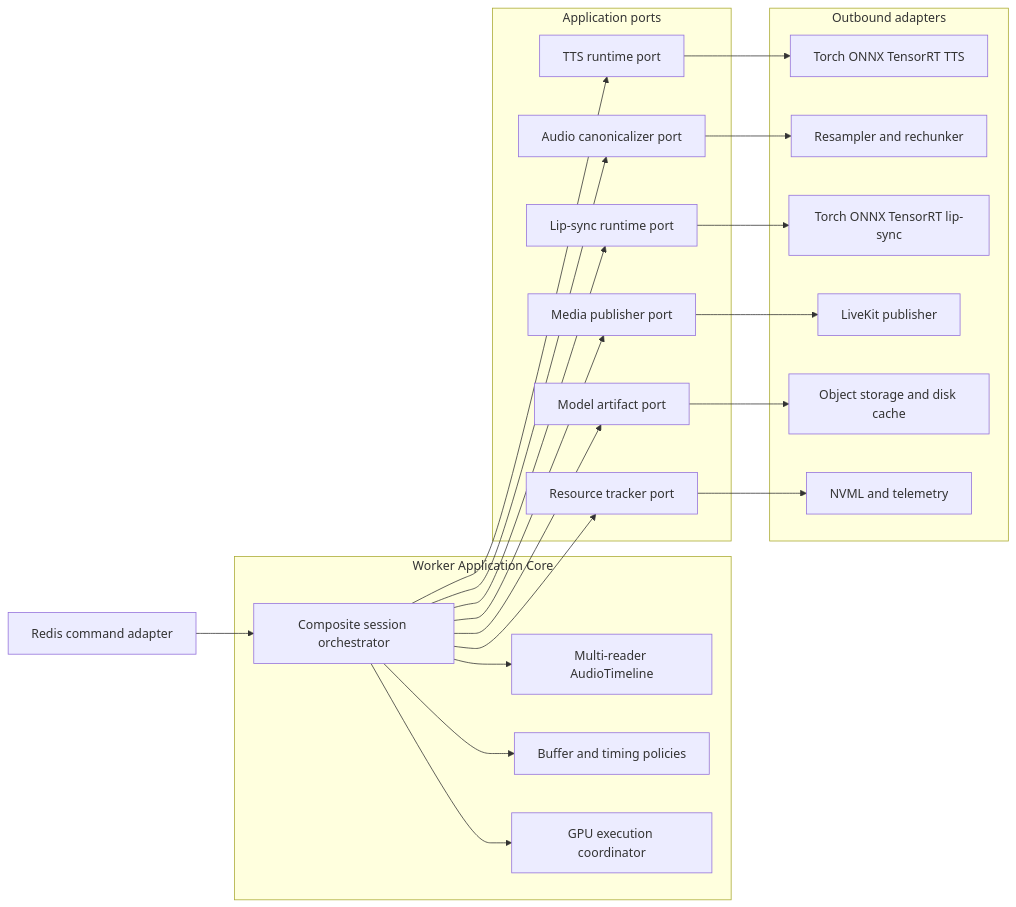
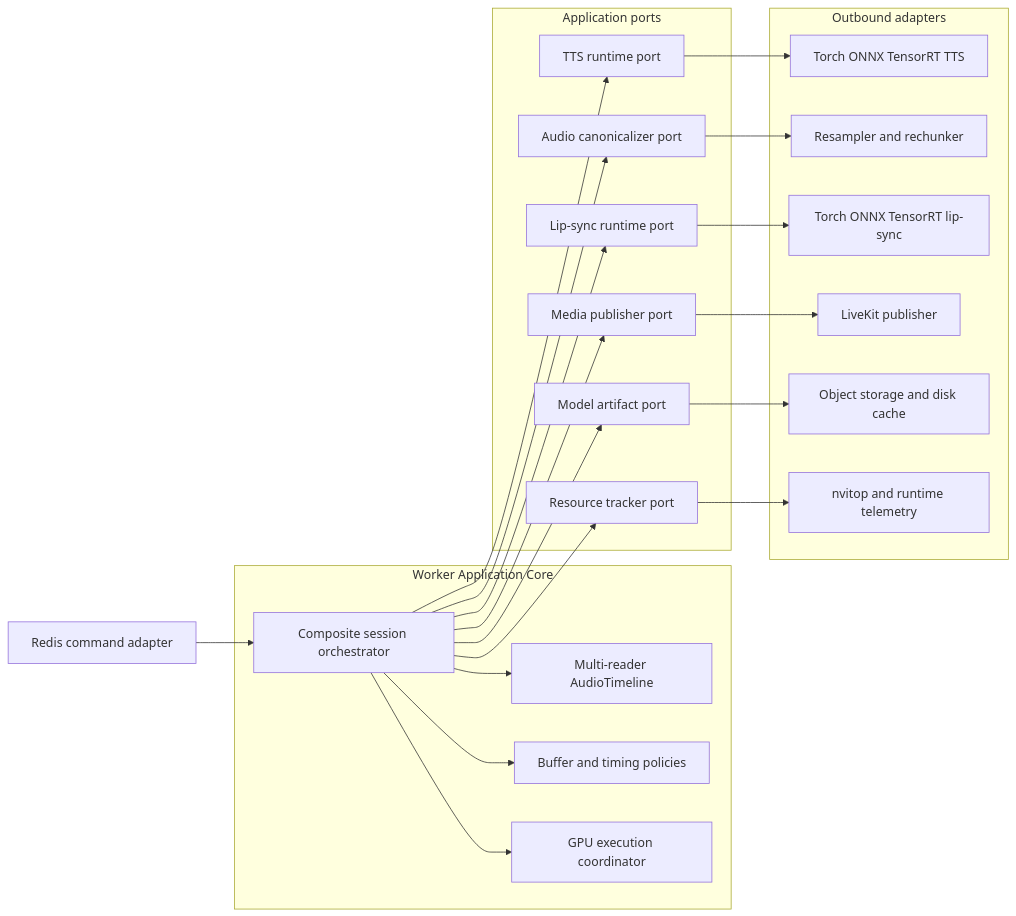
One commit to thinhphan97/PersonaForge changed the first of 2 diagrams in docs/persona-worker-core-architecture.md. Above: the diagram before and after it, drawn with Mermaid. The commit also changed other lines of this file and 3 other files, not shown here.

````diff
--- a/docs/persona-worker-core-architecture.md
+++ b/docs/persona-worker-core-architecture.md
@@ -31,46 +35,46 @@
 ```mermaid
 flowchart LR
     Redis[Redis command adapter]
 
     subgraph Core[Worker Application Core]
         Session[Composite session orchestrator]
         Timeline[Multi-reader AudioTimeline]
         Policy[Buffer and timing policies]
         GPUExec[GPU execution coordinator]
     end
 
     subgraph Ports[Application ports]
         TTS[TTS runtime port]
         Canonicalizer[Audio canonicalizer port]
         LipSync[Lip-sync runtime port]
         Media[Media publisher port]
         Artifacts[Model artifact port]
         Tracker[Resource tracker port]
     end
 
     subgraph Adapters[Outbound adapters]
         TTSImpl[Torch ONNX TensorRT TTS]
         AudioImpl[Resampler and rechunker]
         LipImpl[Torch ONNX TensorRT lip-sync]
         LiveKit[LiveKit publisher]
         Storage[Object storage and disk cache]
-        Telemetry[NVML and telemetry]
+        Telemetry[nvitop and runtime telemetry]
     end
 
     Redis --> Session
     Session --> Timeline
     Session --> Policy
     Session --> GPUExec
     Session --> TTS
     Session --> Canonicalizer
     Session --> LipSync
     Session --> Media
     Session --> Artifacts
     Session --> Tracker
     TTS --> TTSImpl
     Canonicalizer --> AudioImpl
     LipSync --> LipImpl
     Media --> LiveKit
     Artifacts --> Storage
     Tracker --> Telemetry
 ```
````
